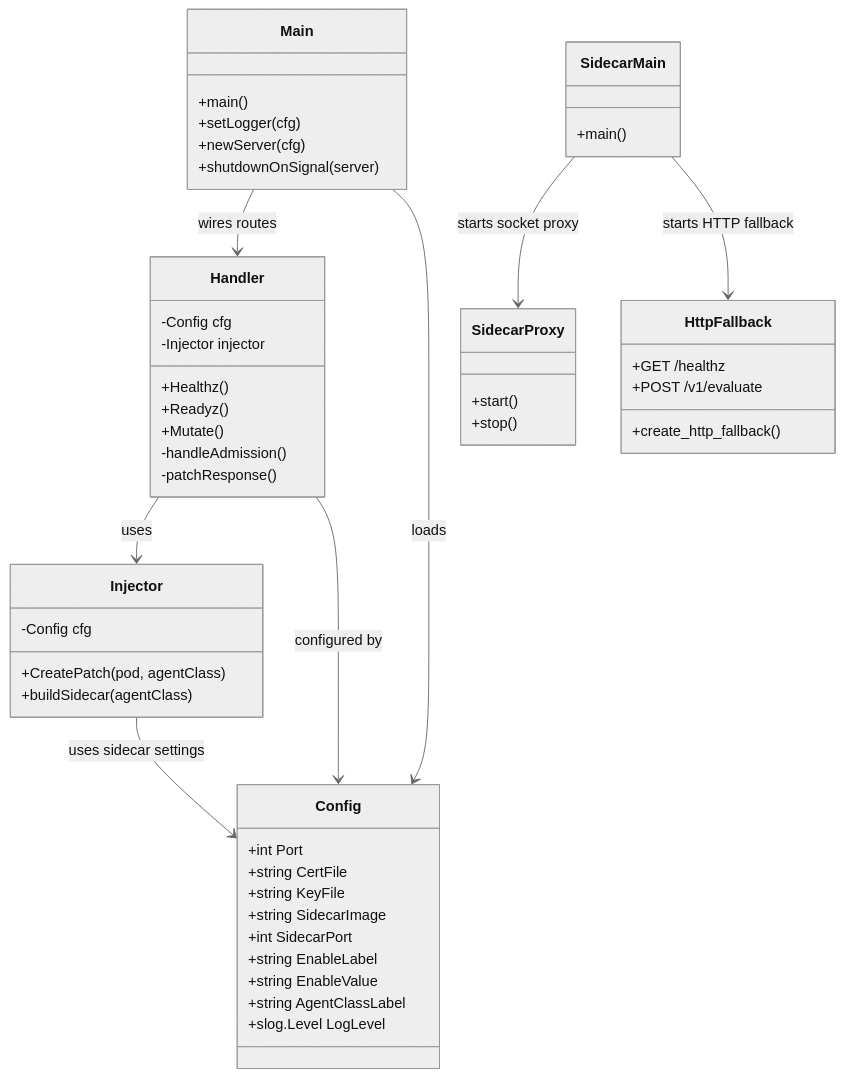
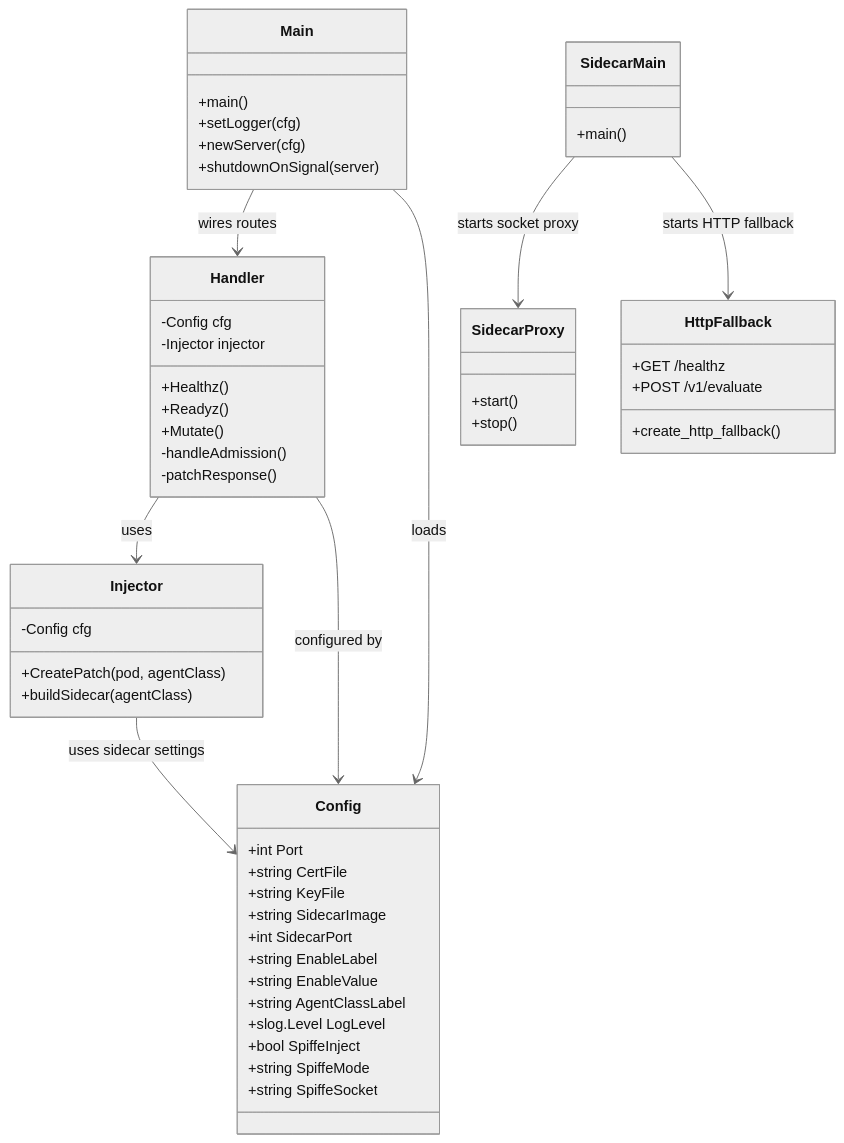
Before and after one commit to norviq-dev/norviq: the diagram in architecture/F016.class.mmd, drawn with Mermaid (neutral theme). The commit also changed 40 other files, not shown here.

```diff
--- a/architecture/F016.class.mmd
+++ b/architecture/F016.class.mmd
@@ -1,53 +1,58 @@
 %% SPDX-License-Identifier: Apache-2.0
 %% Copyright 2026 Norviq Contributors
 classDiagram
     class Main {
       +main()
       +setLogger(cfg)
       +newServer(cfg)
       +shutdownOnSignal(server)
     }
     class Config {
       +int Port
       +string CertFile
       +string KeyFile
       +string SidecarImage
       +int SidecarPort
       +string EnableLabel
       +string EnableValue
       +string AgentClassLabel
       +slog.Level LogLevel
+      +bool SpiffeInject
+      +string SpiffeMode
+      +string SpiffeSocket
     }
+    %% B3: when SpiffeInject, CreatePatch also adds a 2nd csi.spiffe.io volume + mount + NRVQ_SPIFFE_*
+    %% env into the sidecar and app containers so they resolve a real attested SVID.
     class Handler {
       -Config cfg
       -Injector injector
       +Healthz()
       +Readyz()
       +Mutate()
       -handleAdmission()
       -patchResponse()
     }
     class Injector {
       -Config cfg
       +CreatePatch(pod, agentClass)
       +buildSidecar(agentClass)
     }
     class SidecarMain {
       +main()
     }
     class SidecarProxy {
       +start()
       +stop()
     }
     class HttpFallback {
       +create_http_fallback()
       +GET /healthz
       +POST /v1/evaluate
     }
     Main --> Handler : wires routes
     Main --> Config : loads
     Handler --> Injector : uses
     Handler --> Config : configured by
     Injector --> Config : uses sidecar settings
     SidecarMain --> SidecarProxy : starts socket proxy
     SidecarMain --> HttpFallback : starts HTTP fallback
```
